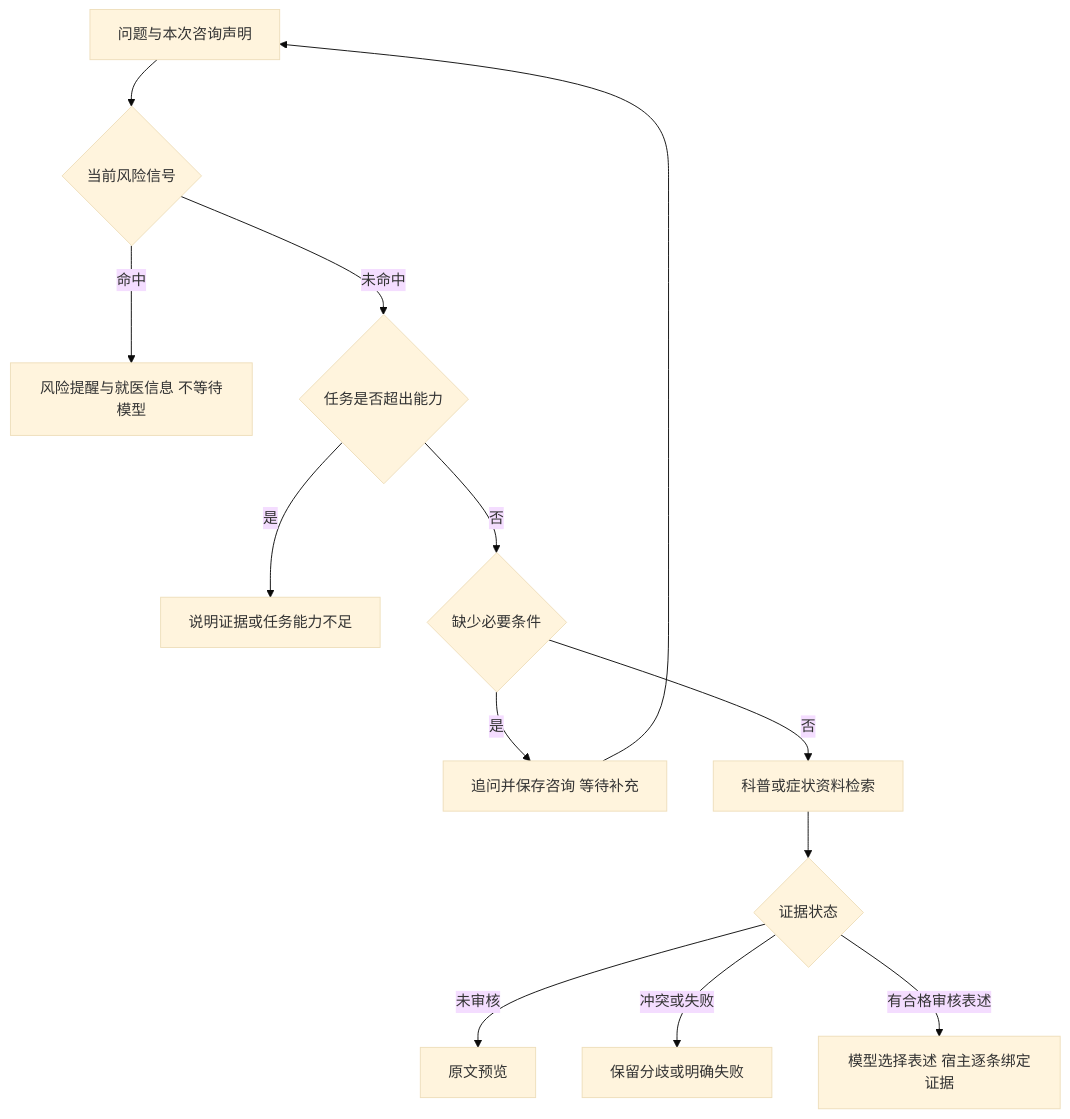
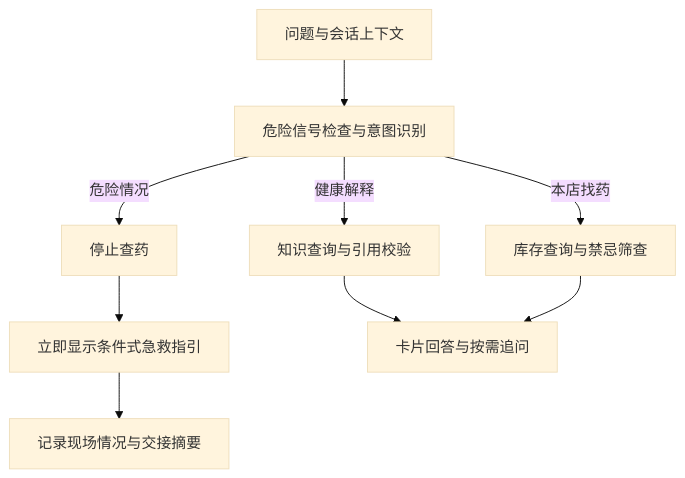
The diagram in docs/patient-flow-and-acceptance.md (Dengzi555/meditouch-agent), drawn with Mermaid (base theme) before and after one commit. The commit also changed other lines of this file and 19 other files, not shown here.

````diff
--- a/docs/patient-flow-and-acceptance.md
+++ b/docs/patient-flow-and-acceptance.md
@@ -9,15 +16,11 @@
 ```mermaid
 flowchart TD
-  A[问题与本次咨询声明] --> B{当前风险信号}
-  B -->|命中| C[风险提醒与就医信息 不等待模型]
-  B -->|未命中| D{任务是否超出能力}
-  D -->|是| E[说明证据或任务能力不足]
-  D -->|否| F{缺少必要条件}
-  F -->|是| G[追问并保存咨询 等待补充]
-  G --> A
-  F -->|否| H[科普或症状资料检索]
-  H --> I{证据状态}
-  I -->|未审核| J[原文预览]
-  I -->|冲突或失败| K[保留分歧或明确失败]
-  I -->|有合格审核表述| L[模型选择表述 宿主逐条绑定证据]
+    A[问题与会话上下文] --> B[危险信号检查与意图识别]
+    B -->|危险情况| C[停止查药]
+    C --> D[立即显示条件式急救指引]
+    D --> E[记录现场情况与交接摘要]
+    B -->|健康解释| F[知识查询与引用校验]
+    B -->|本店找药| G[库存查询与禁忌筛查]
+    F --> H[卡片回答与按需追问]
+    G --> H
 ```
````
